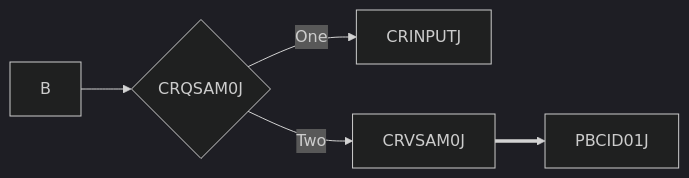
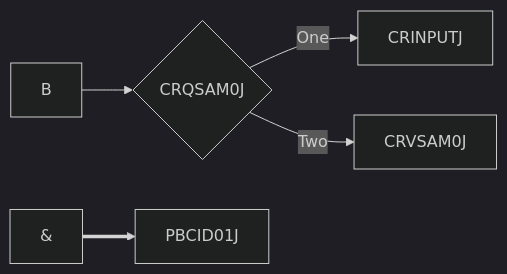
One commit to emreakdik/Cobol_Bootcamp changed the diagram in week_3/README.MD. Above: the diagram before and after it, drawn with Mermaid (dark theme).

````diff
--- a/week_3/README.MD
+++ b/week_3/README.MD
@@ -1,7 +1,7 @@
 ```mermaid
 graph LR
   B --> C{CRQSAM0J}
   C -->|One| D[CRINPUTJ]
   C -->|Two| E[CRVSAM0J]
-    ==> A[PBCID01J]
+    & ==> A[PBCID01J]
 ```
````
